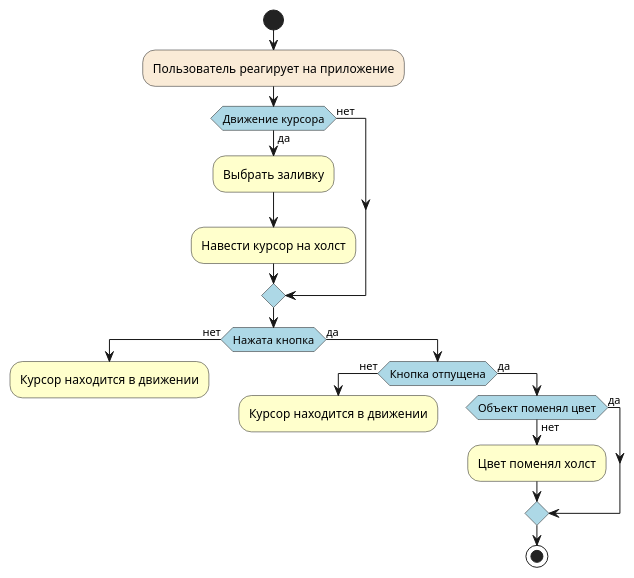
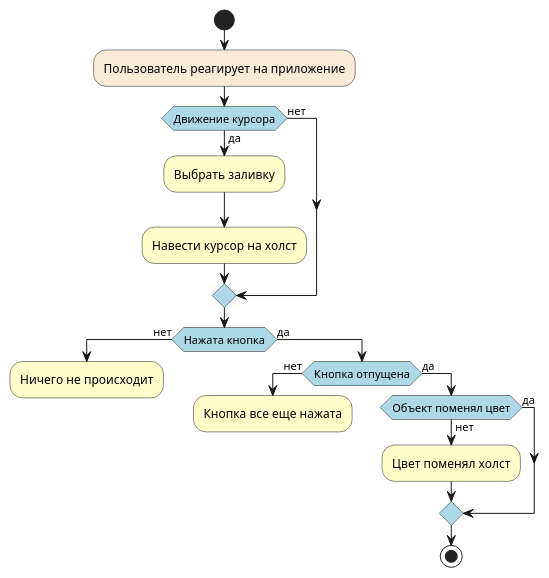
Before and after one commit to UnVeh/reposit: the diagram in diagrams/activity3.puml, drawn with PlantUML.

```diff
--- a/diagrams/activity3.puml
+++ b/diagrams/activity3.puml
@@ -1,26 +1,26 @@
 @startuml
 skinparam activity {
     DiamondBackgroundColor LightBlue
 }
 start
 #AntiqueWhite:Пользователь реагирует на приложение;
 if (Движение курсора) then (да)
 #Business:Выбрать заливку;
 #Business:Навести курсор на холст;
 else (нет)
 endif
     if (Нажата кнопка) then (нет)
-    #Business:Курсор находится в движении;
+    #Business:Ничего не происходит;
     kill
     else (да)
         if (Кнопка отпущена) then (нет)
-        #Business:Курсор находится в движении;
+        #Business:Кнопка все еще нажата;
         kill
         else (да)
             if (Объект поменял цвет) then (да)
                 else (нет)
                 #Business:Цвет поменял холст;
                
 endif
 stop
 @enduml
```
